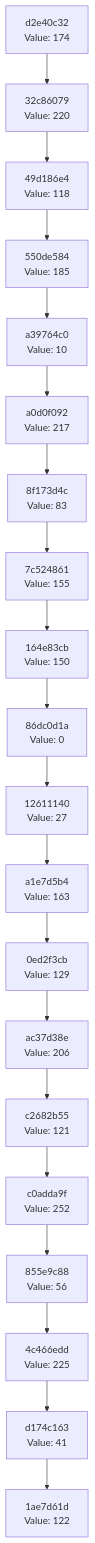
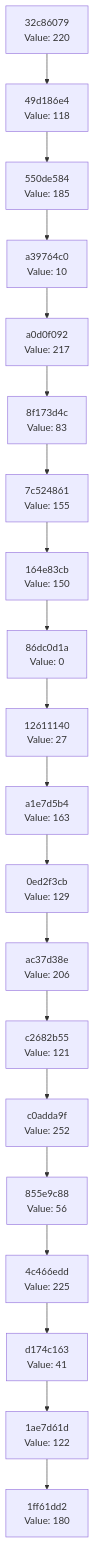
One commit to Abhisheksinha1506/hash-chain-evolver changed the diagram in docs/CHAIN_VISUALIZATION.md. Above: the diagram before and after it, drawn with Mermaid. The commit also changed 3 other files, not shown here.

````diff
--- a/docs/CHAIN_VISUALIZATION.md
+++ b/docs/CHAIN_VISUALIZATION.md
@@ -3,42 +3,42 @@
 ```mermaid
 graph TD
-    C0["1ae7d61d<br/>Value: 122"]
-    C1["d174c163<br/>Value: 41"]
+    C0["1ff61dd2<br/>Value: 180"]
+    C1["1ae7d61d<br/>Value: 122"]
     C1 --> C0
-    C2["4c466edd<br/>Value: 225"]
+    C2["d174c163<br/>Value: 41"]
     C2 --> C1
-    C3["855e9c88<br/>Value: 56"]
+    C3["4c466edd<br/>Value: 225"]
     C3 --> C2
-    C4["c0adda9f<br/>Value: 252"]
+    C4["855e9c88<br/>Value: 56"]
     C4 --> C3
-    C5["c2682b55<br/>Value: 121"]
+    C5["c0adda9f<br/>Value: 252"]
     C5 --> C4
-    C6["ac37d38e<br/>Value: 206"]
+    C6["c2682b55<br/>Value: 121"]
     C6 --> C5
-    C7["0ed2f3cb<br/>Value: 129"]
+    C7["ac37d38e<br/>Value: 206"]
     C7 --> C6
-    C8["a1e7d5b4<br/>Value: 163"]
+    C8["0ed2f3cb<br/>Value: 129"]
     C8 --> C7
-    C9["12611140<br/>Value: 27"]
+    C9["a1e7d5b4<br/>Value: 163"]
     C9 --> C8
-    C10["86dc0d1a<br/>Value: 0"]
+    C10["12611140<br/>Value: 27"]
     C10 --> C9
-    C11["164e83cb<br/>Value: 150"]
+    C11["86dc0d1a<br/>Value: 0"]
     C11 --> C10
-    C12["7c524861<br/>Value: 155"]
+    C12["164e83cb<br/>Value: 150"]
     C12 --> C11
-    C13["8f173d4c<br/>Value: 83"]
+    C13["7c524861<br/>Value: 155"]
     C13 --> C12
-    C14["a0d0f092<br/>Value: 217"]
+    C14["8f173d4c<br/>Value: 83"]
     C14 --> C13
-    C15["a39764c0<br/>Value: 10"]
+    C15["a0d0f092<br/>Value: 217"]
     C15 --> C14
-    C16["550de584<br/>Value: 185"]
+    C16["a39764c0<br/>Value: 10"]
     C16 --> C15
-    C17["49d186e4<br/>Value: 118"]
+    C17["550de584<br/>Value: 185"]
     C17 --> C16
-    C18["32c86079<br/>Value: 220"]
+    C18["49d186e4<br/>Value: 118"]
     C18 --> C17
-    C19["d2e40c32<br/>Value: 174"]
+    C19["32c86079<br/>Value: 220"]
     C19 --> C18
 ```
````
